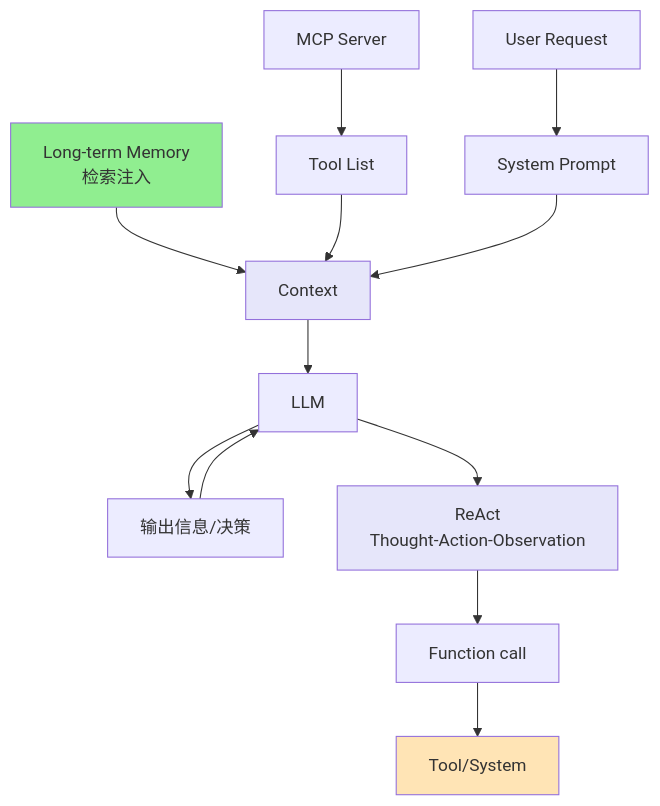
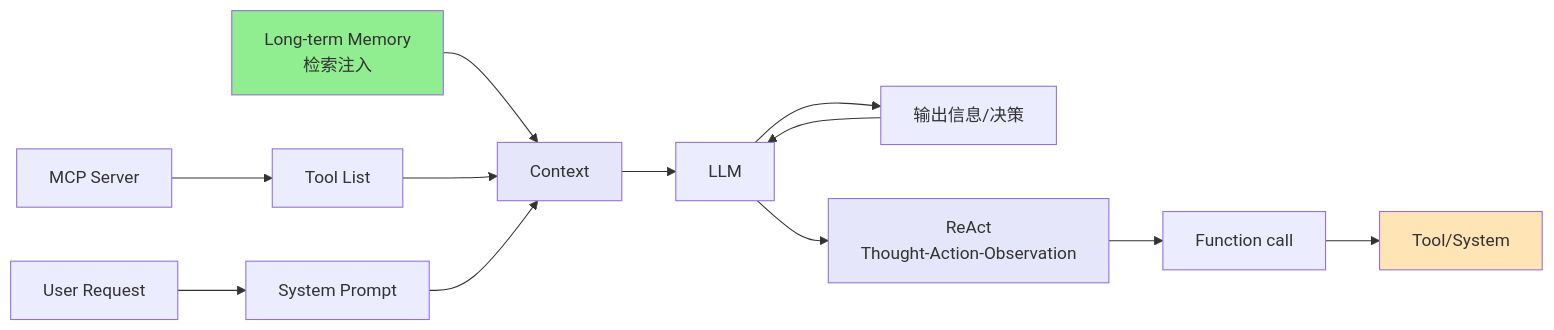
One commit to byte-wrangler/byte-wrangler.github.io changed the first of 6 diagrams in _posts/2025-12-18-agent-concept.md. Above: the diagram before and after it, drawn with Mermaid. The commit also changed other lines of this file, not shown here.

````diff
--- a/_posts/2025-12-18-agent-concept.md
+++ b/_posts/2025-12-18-agent-concept.md
@@ -173,22 +173,22 @@
 ```mermaid
-graph TB
+graph LR
     A[MCP Server] --> B[Tool List]
     C[User Request] --> D[System Prompt]
     E[Long-term Memory<br/>检索注入] --> F[Context]
     
     B --> F
     D --> F
     
     F --> G[LLM]
     G --> H[输出信息/决策]
     H --> G
     
     G --> I[ReAct<br/>Thought-Action-Observation]
     I --> J[Function call]
     J --> K[Tool/System]
     
     style E fill:#90EE90
     style F fill:#E6E6FA
     style I fill:#E6E6FA
     style K fill:#FFE4B5
 ```
````
